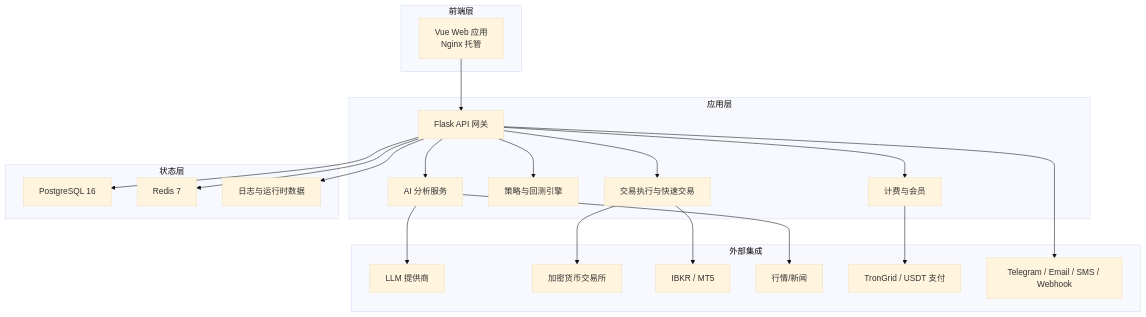
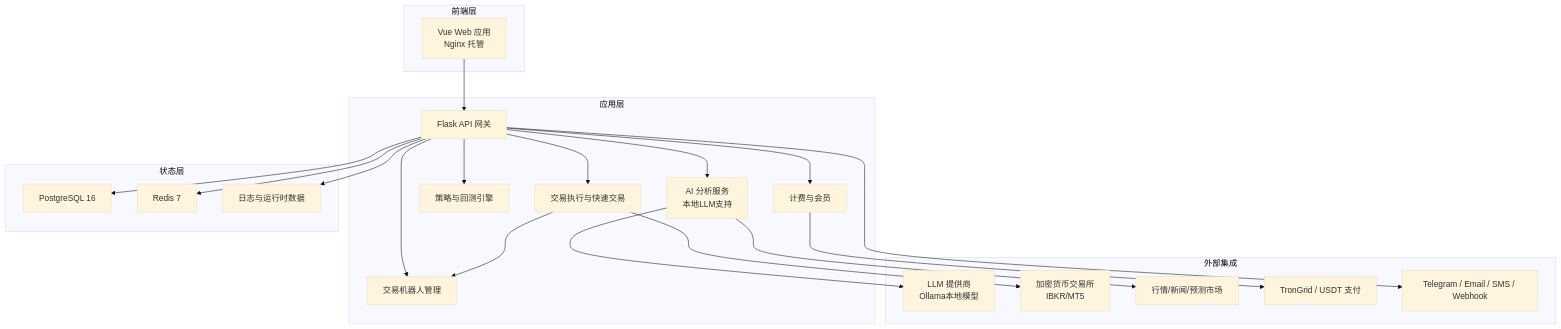
One commit to joezxh/QuantDinger changed the first of 8 diagrams in .qoder/repowiki/zh/content/项目概述/产品介绍.md. Above: the diagram before and after it, drawn with Mermaid (base theme). The commit also changed other lines of this file and 39 other files, not shown here.

````diff
--- a/.qoder/repowiki/zh/content/项目概述/产品介绍.md
+++ b/.qoder/repowiki/zh/content/项目概述/产品介绍.md
@@ -52,40 +54,41 @@
 ```mermaid
 graph TB
 subgraph "前端层"
 FE["Vue Web 应用<br/>Nginx 托管"]
 end
 subgraph "应用层"
 API["Flask API 网关"]
-AI["AI 分析服务"]
+AI["AI 分析服务<br/>本地LLM支持"]
 STRAT["策略与回测引擎"]
 EXEC["交易执行与快速交易"]
 BILL["计费与会员"]
+BOT["交易机器人管理"]
 end
 subgraph "状态层"
 PG["PostgreSQL 16"]
 REDIS["Redis 7"]
 FILES["日志与运行时数据"]
 end
 subgraph "外部集成"
-LLM["LLM 提供商"]
-EXCH["加密货币交易所"]
-BROKER["IBKR / MT5"]
-MARKET["行情/新闻"]
+LLM["LLM 提供商<br/>Ollama本地模型"]
+EXCH["加密货币交易所<br/>IBKR/MT5"]
+MARKET["行情/新闻/预测市场"]
 PAY["TronGrid / USDT 支付"]
 NOTIFY["Telegram / Email / SMS / Webhook"]
 end
 FE --> API
 API --> AI
 API --> STRAT
 API --> EXEC
 API --> BILL
+API --> BOT
 API --> PG
 API --> REDIS
 API --> FILES
 AI --> LLM
 AI --> MARKET
 EXEC --> EXCH
-EXEC --> BROKER
+EXEC --> BOT
 BILL --> PAY
 API --> NOTIFY
 ```
````
